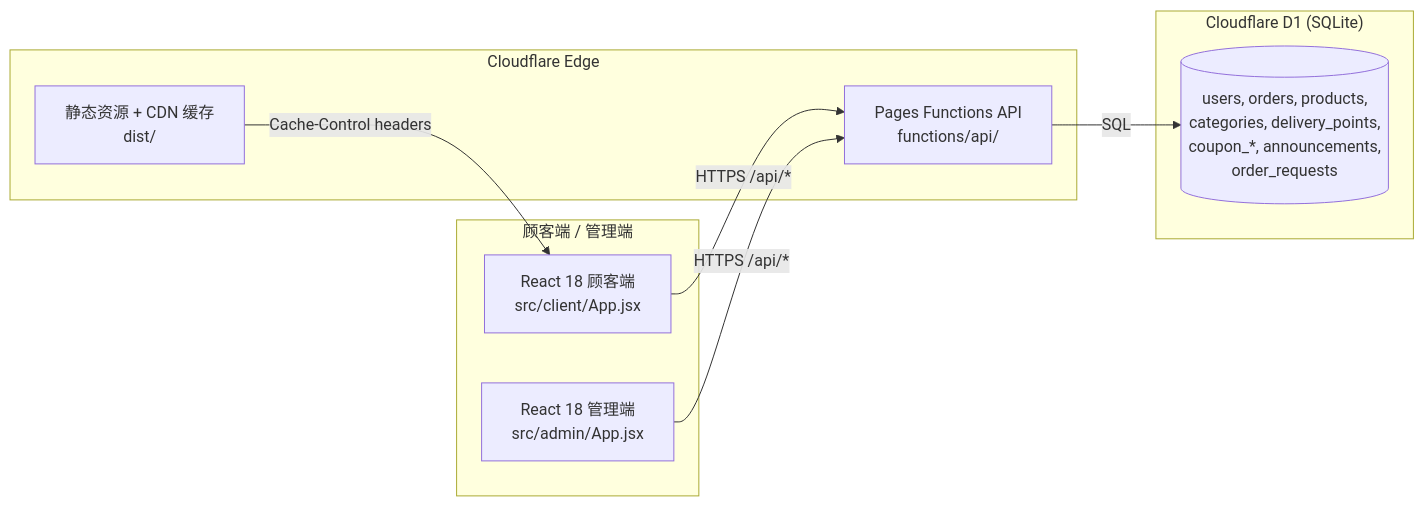
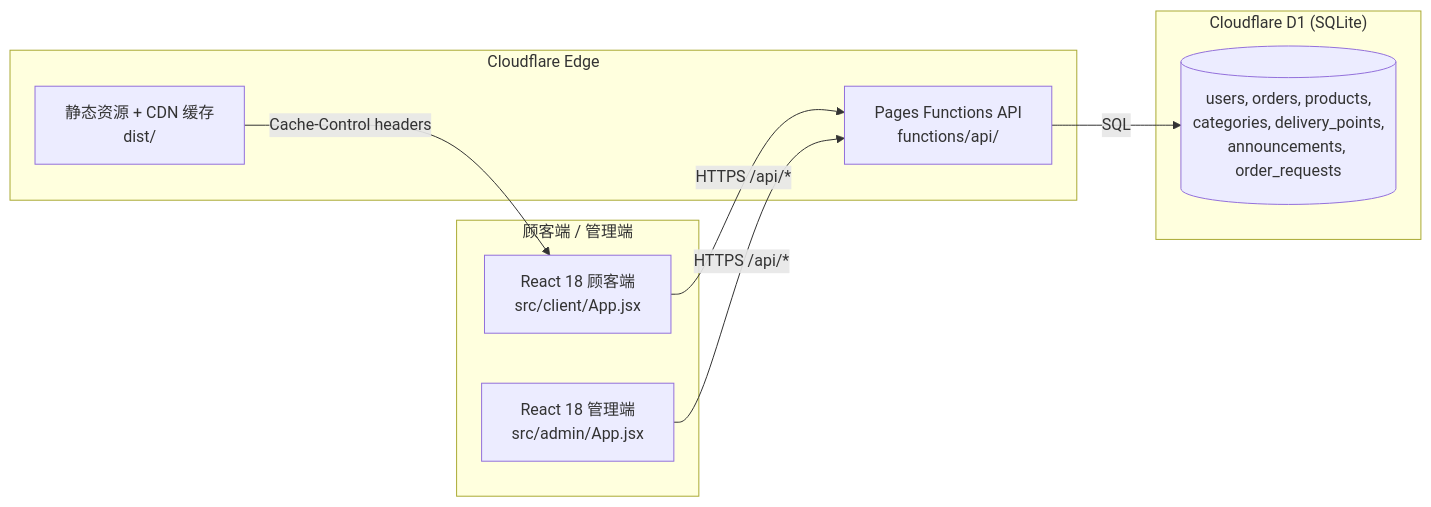
The third of 4 diagrams in README.md (Rcorange29/order-system), drawn with Mermaid before and after one commit. The commit also changed other lines of this file and 16 other files, not shown here.

````diff
--- a/README.md
+++ b/README.md
@@ -299,18 +291,18 @@
 ```mermaid
 flowchart LR
     subgraph Client["顾客端 / 管理端"]
         C1[React 18 顾客端<br/>src/client/App.jsx]
         C2[React 18 管理端<br/>src/admin/App.jsx]
     end
     subgraph Edge["Cloudflare Edge"]
         F1[Pages Functions API<br/>functions/api/]
         F2[静态资源 + CDN 缓存<br/>dist/]
     end
     subgraph Data["Cloudflare D1 (SQLite)"]
-        D1[(users, orders, products,<br/>categories, delivery_points,<br/>coupon_*, announcements,<br/>order_requests)]
+        D1[(users, orders, products,<br/>categories, delivery_points,<br/>announcements, order_requests)]
     end
     C1 -->|HTTPS /api/*| F1
     C2 -->|HTTPS /api/*| F1
     F1 -->|SQL| D1
     F2 -->|Cache-Control headers| C1
 ```
````
